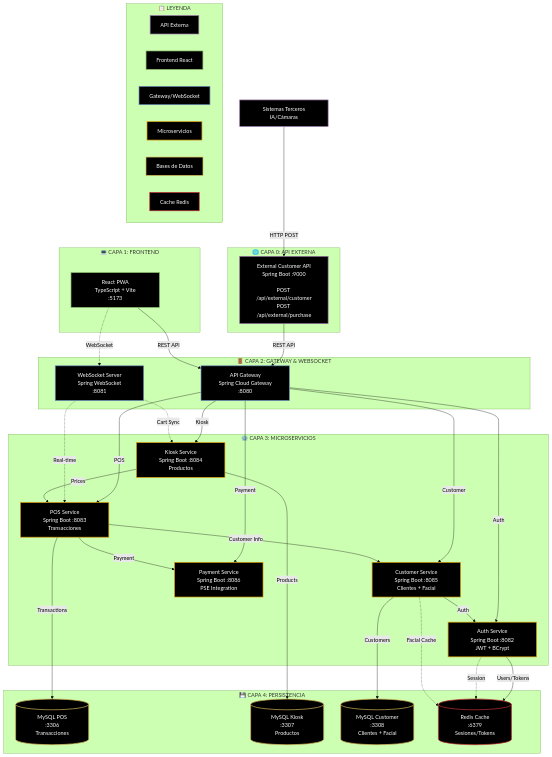
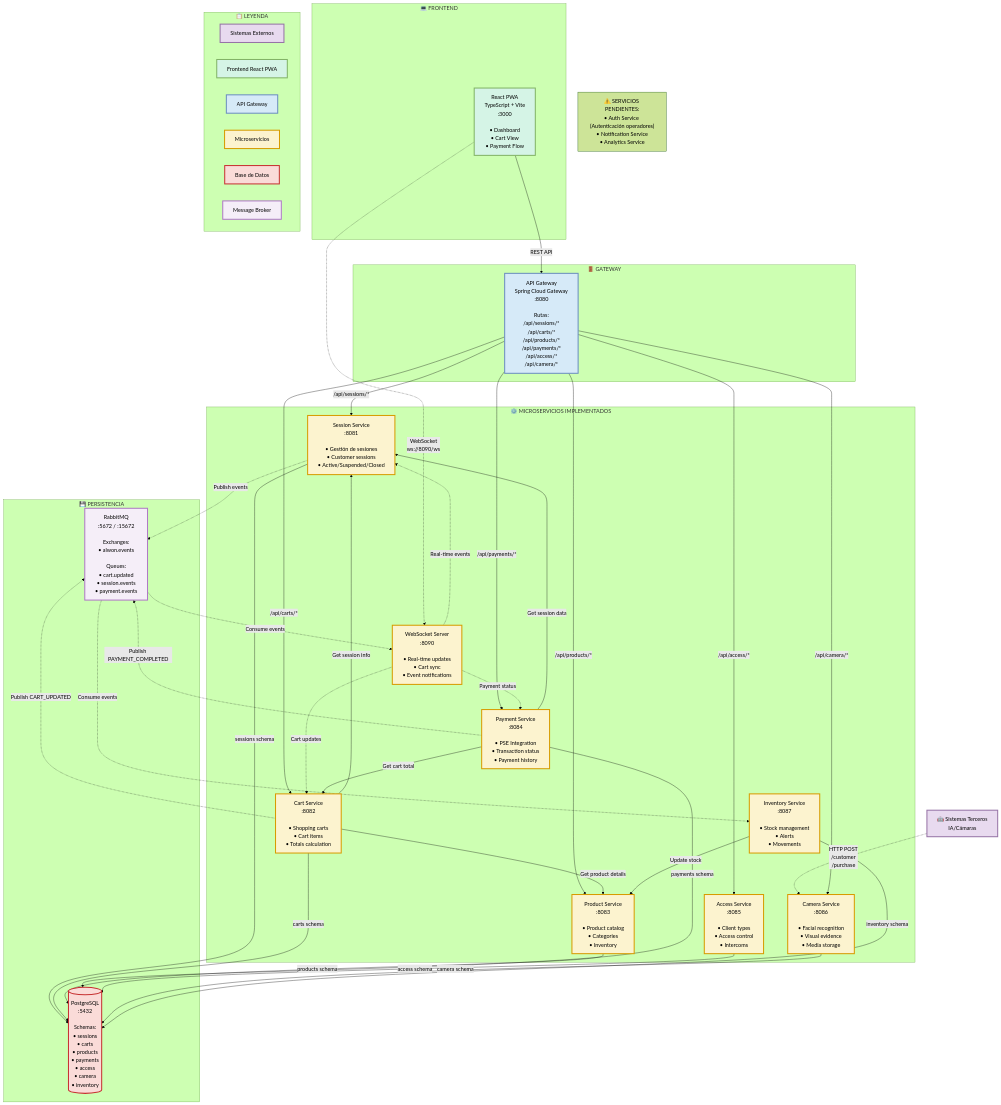
The diagram in docs/diagrams/Arquitectura_Microservicios_Mermaid.md (Darkv00d/alwon-pos-system), drawn with Mermaid (forest theme) before and after one commit. The commit also changed other lines of this file and 1 other file, not shown here.

Commit message:
docs: Update architecture diagram with current implementation (no versioning)

````diff
--- a/docs/diagrams/Arquitectura_Microservicios_Mermaid.md
+++ b/docs/diagrams/Arquitectura_Microservicios_Mermaid.md
@@ -6,93 +7,106 @@
 ```mermaid
 graph TB
     %% Estilos
-    classDef external fill:#000,stroke:#9673a6,stroke-width:2px,color:#fff
-    classDef frontend fill:#000,stroke:#82b366,stroke-width:2px,color:#fff
-    classDef gateway fill:#000,stroke:#6c8ebf,stroke-width:2px,color:#fff
-    classDef microservice fill:#000,stroke:#d79b00,stroke-width:2px,color:#fff
-    classDef database fill:#000,stroke:#d6b656,stroke-width:2px,color:#fff
-    classDef cache fill:#000,stroke:#c73232,stroke-width:2px,color:#fff
+    classDef external fill:#E8DAEF,stroke:#9673a6,stroke-width:3px,color:#000
+    classDef frontend fill:#D5F4E6,stroke:#82b366,stroke-width:3px,color:#000
+    classDef gateway fill:#D6EAF8,stroke:#6c8ebf,stroke-width:3px,color:#000
+    classDef microservice fill:#FCF3CF,stroke:#d79b00,stroke-width:3px,color:#000
+    classDef database fill:#FADBD8,stroke:#c73232,stroke-width:3px,color:#000
+    classDef broker fill:#F5EEF8,stroke:#af7ac5,stroke-width:3px,color:#000
     
-    %% Sistemas Externos (fuera de capas)
-    THIRD["Sistemas Terceros#10;IA/Cámaras"]:::external
+    %% Sistemas Externos
+    THIRD["🤖 Sistemas Terceros<br/>IA/Cámaras"]:::external
     
-    %% CAPA 0: API EXTERNA
-    subgraph CAPA0["🌐 CAPA 0: API EXTERNA"]
-        EXT["External Customer API#10;Spring Boot :9000#10;#10;POST /api/external/customer#10;POST /api/external/purchase"]:::external
+    %% FRONTEND
+    subgraph CAPA1["💻 FRONTEND"]
+        PWA["React PWA<br/>TypeScript + Vite<br/>:3000<br/><br/>• Dashboard<br/>• Cart View<br/>• Payment Flow"]:::frontend
     end
     
-    %% CAPA 1: FRONTEND
-    subgraph CAPA1["💻 CAPA 1: FRONTEND"]
-        PWA["React PWA#10;TypeScript + Vite#10;:5173"]:::frontend
+    %% GATEWAY
+    subgraph CAPA2["🚪 GATEWAY"]
+        GW["API Gateway<br/>Spring Cloud Gateway<br/>:8080<br/><br/>Rutas:<br/>/api/sessions/*<br/>/api/carts/*<br/>/api/products/*<br/>/api/payments/*<br/>/api/access/*<br/>/api/camera/*"]:::gateway
     end
     
-    %% CAPA 2: GATEWAY & WEBSOCKET
-    subgraph CAPA2["🚪 CAPA 2: GATEWAY & WEBSOCKET"]
-        GW["API Gateway#10;Spring Cloud Gateway#10;:8080"]:::gateway
-        WS["WebSocket Server#10;Spring WebSocket#10;:8081"]:::gateway
+    %% MICROSERVICIOS
+    subgraph CAPA3["⚙️ MICROSERVICIOS IMPLEMENTADOS"]
+        SESSION["Session Service<br/>:8081<br/><br/>• Gestión de sesiones<br/>• Customer sessions<br/>• Active/Suspended/Closed"]:::microservice
+        
+        CART["Cart Service<br/>:8082<br/><br/>• Shopping carts<br/>• Cart items<br/>• Totals calculation"]:::microservice
+        
+        PRODUCT["Product Service<br/>:8083<br/><br/>• Product catalog<br/>• Categories<br/>• Inventory"]:::microservice
+        
+        PAYMENT["Payment Service<br/>:8084<br/><br/>• PSE Integration<br/>• Transaction status<br/>• Payment history"]:::microservice
+        
+        ACCESS["Access Service<br/>:8085<br/><br/>• Client types<br/>• Access control<br/>• Intercoms"]:::microservice
+        
+        CAMERA["Camera Service<br/>:8086<br/><br/>• Facial recognition<br/>• Visual evidence<br/>• Media storage"]:::microservice
+        
+        INVENTORY["Inventory Service<br/>:8087<br/><br/>• Stock management<br/>• Alerts<br/>• Movements"]:::microservice
+        
+        WS["WebSocket Server<br/>:8090<br/><br/>• Real-time updates<br/>• Cart sync<br/>• Event notifications"]:::microservice
     end
     
-    %% CAPA 3: MICROSERVICIOS
-    subgraph CAPA3["⚙️ CAPA 3: MICROSERVICIOS"]
-        AUTH["Auth Service#10;Spring Boot :8082#10;JWT + BCrypt"]:::microservice
-        POS["POS Service#10;Spring Boot :8083#10;Transacciones"]:::microservice
-        KIOSK["Kiosk Service#10;Spring Boot :8084#10;Productos"]:::microservice
-        CUSTOMER["Customer Service#10;Spring Boot :8085#10;Clientes + Facial"]:::microservice
-        PAYMENT["Payment Service#10;Spring Boot :8086#10;PSE Integration"]:::microservice
+    %% PERSISTENCIA
+    subgraph CAPA4["💾 PERSISTENCIA"]
+        POSTGRES[("PostgreSQL<br/>:5432<br/><br/>Schemas:<br/>• sessions<br/>• carts<br/>• products<br/>• payments<br/>• access<br/>• camera<br/>• inventory")]:::database
+        
+        RABBIT["RabbitMQ<br/>:5672 / :15672<br/><br/>Exchanges:<br/>• alwon.events<br/><br/>Queues:<br/>• cart.updated<br/>• session.events<br/>• payment.events"]:::broker
     end
     
-    %% CAPA 4: PERSISTENCIA
-    subgraph CAPA4["💾 CAPA 4: PERSISTENCIA"]
-        DB_POS[("MySQL POS#10;:3306#10;Transacciones")]:::database
-        DB_KIOSK[("MySQL Kiosk#10;:3307#10;Productos")]:::database
-        DB_CUSTOMER[("MySQL Customer#10;:3308#10;Clientes + Facial")]:::database
-        REDIS[("Redis Cache#10;:6379#10;Sesiones/Tokens")]:::cache
+    %% CONEXIONES - Externas
+    THIRD -.->|"HTTP POST<br/>/customer<br/>/purchase"| CAMERA
+    
+    %% CONEXIONES - Frontend
+    PWA -->|"REST API"| GW
+    PWA -.->|"WebSocket<br/>ws://8090/ws"| WS
+    
+    %% CONEXIONES - Gateway → Microservicios
+    GW -->|"/api/sessions/*"| SESSION
+    GW -->|"/api/carts/*"| CART
+    GW -->|"/api/products/*"| PRODUCT
+    GW -->|"/api/payments/*"| PAYMENT
+    GW -->|"/api/access/*"| ACCESS
+    GW -->|"/api/camera/*"| CAMERA
+    
+    %% CONEXIONES - WebSocket
+    WS -.->|"Real-time events"| SESSION
+    WS -.->|"Cart updates"| CART
+    WS -.->|"Payment status"| PAYMENT
+    
+    %% CONEXIONES - Microservicios entre sí
+    CART -->|"Get session info"| SESSION
+    CART -->|"Get product details"| PRODUCT
+    PAYMENT -->|"Get cart total"| CART
+    PAYMENT -->|"Get session data"| SESSION
+    INVENTORY -->|"Update stock"| PRODUCT
+    
+    %% CONEXIONES - Microservicios → Base de Datos
+    SESSION -->|"sessions schema"| POSTGRES
+    CART -->|"carts schema"| POSTGRES
+    PRODUCT -->|"products schema"| POSTGRES
+    PAYMENT -->|"payments schema"| POSTGRES
+    ACCESS -->|"access schema"| POSTGRES
+    CAMERA -->|"camera schema"| POSTGRES
+    INVENTORY -->|"inventory schema"| POSTGRES
+    
+    %% CONEXIONES - Event Bus
+    SESSION -.->|"Publish events"| RABBIT
+    CART -.->|"Publish CART_UPDATED"| RABBIT
+    PAYMENT -.->|"Publish PAYMENT_COMPLETED"| RABBIT
+    
+    RABBIT -.->|"Consume events"| WS
+    RABBIT -.->|"Consume events"| INVENTORY
+    
+    %% LEYENDA
+    subgraph LEYENDA["📋 LEYENDA"]
+        L1["Sistemas Externos"]:::external
+        L2["Frontend React PWA"]:::frontend
+        L3["API Gateway"]:::gateway
+        L4["Microservicios"]:::microservice
+        L5["Base de Datos"]:::database
+        L6["Message Broker"]:::broker
     end
     
-    %% CONEXIONES - Sistemas Externos
-    THIRD -->|HTTP POST| EXT
-    
-    %% CONEXIONES - API Externa → Gateway
-    EXT -->|REST API| GW
-    
-    %% CONEXIONES - Frontend
-    PWA -->|REST API| GW
-    PWA -.->|WebSocket| WS
-    
-    %% CONEXIONES - Gateway → Microservicios
-    GW -->|Auth| AUTH
-    GW -->|POS| POS
-    GW -->|Kiosk| KIOSK
-    GW -->|Customer| CUSTOMER
-    GW -->|Payment| PAYMENT
-    
-    %% CONEXIONES - WebSocket
-    WS -.->|Real-time| POS
-    WS -.->|Cart Sync| KIOSK
-    
-    %% CONEXIONES - Microservicios entre sí
-    POS -->|Customer Info| CUSTOMER
-    POS -->|Payment| PAYMENT
-    KIOSK -->|Prices| POS
-    CUSTOMER -->|Auth| AUTH
-    
-    %% CONEXIONES - Microservicios → Bases de Datos
-    AUTH -->|Users/Tokens| REDIS
-    POS -->|Transactions| DB_POS
-    KIOSK -->|Products| DB_KIOSK
-    CUSTOMER -->|Customers| DB_CUSTOMER
-    
-    %% CONEXIONES - Cache
-    AUTH -.->|Session| REDIS
-    CUSTOMER -.->|Facial Cache| REDIS
-    
-    %% LEYENDA VISUAL
-    subgraph LEYENDA["📋 LEYENDA"]
-        L1["API Externa"]:::external
-        L2["Frontend React"]:::frontend
-        L3["Gateway/WebSocket"]:::gateway
-        L4["Microservicios"]:::microservice
-        L5["Bases de Datos"]:::database
-        L6["Cache Redis"]:::cache
-    end
+    %% NOTAS
+    NOTE1["⚠️ SERVICIOS PENDIENTES:<br/>• Auth Service (Autenticación operadores)<br/>• Notification Service<br/>• Analytics Service"]
 ```
````
